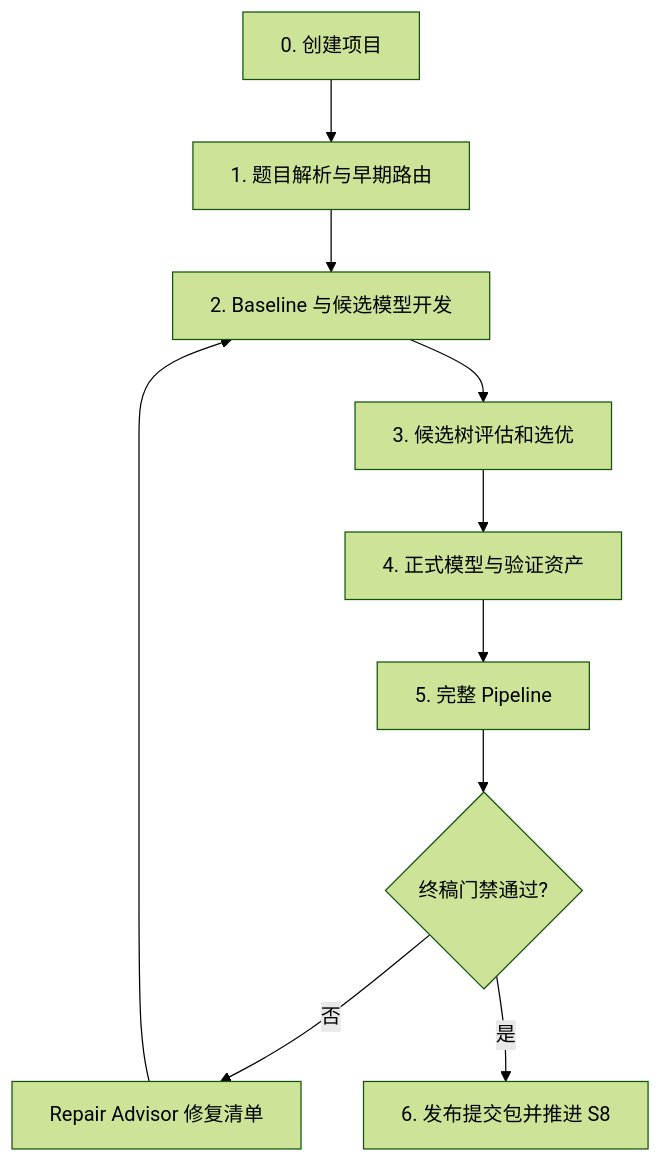
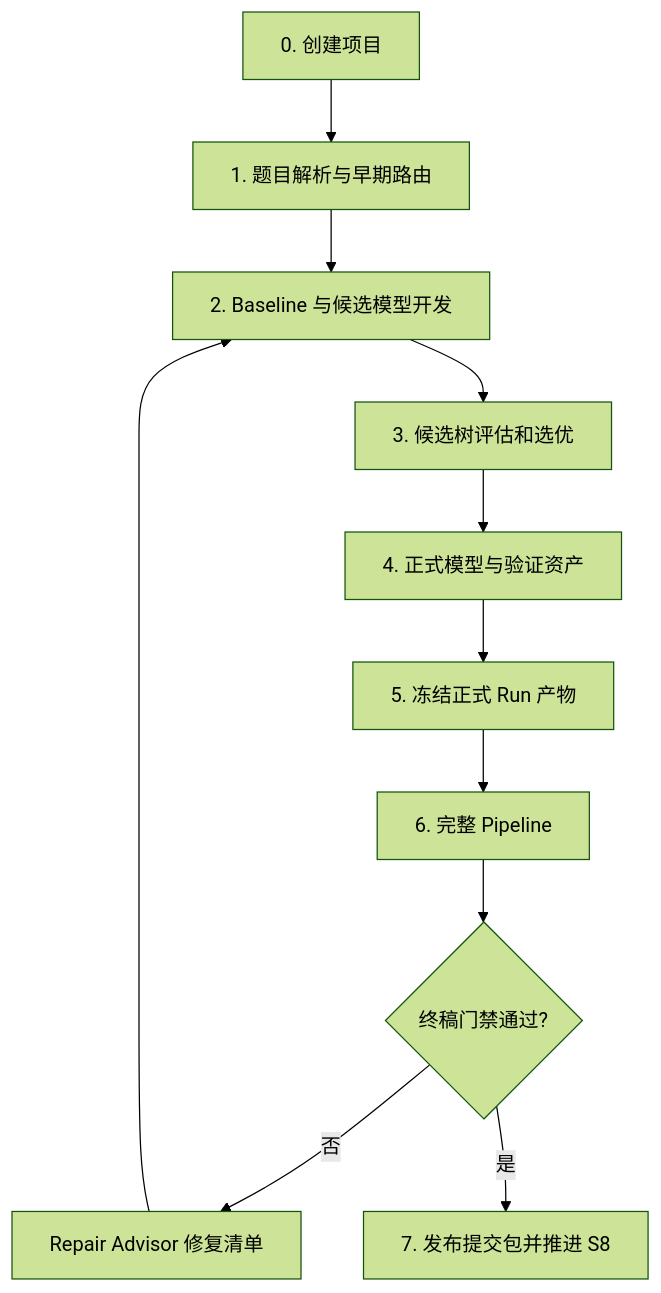
The diagram in docs/competition-workflow.md (Zhengxuejun/mathematical-modeling-agent), drawn with Mermaid (forest theme) before and after one commit. The commit also changed other lines of this file and 15 other files, not shown here.

````diff
--- a/docs/competition-workflow.md
+++ b/docs/competition-workflow.md
@@ -7,12 +7,13 @@
 ```mermaid
 flowchart TD
     A[0. 创建项目] --> B[1. 题目解析与早期路由]
     B --> C[2. Baseline 与候选模型开发]
     C --> D[3. 候选树评估和选优]
     D --> E[4. 正式模型与验证资产]
-    E --> F[5. 完整 Pipeline]
-    F --> G{终稿门禁通过?}
-    G -->|否| H[Repair Advisor 修复清单]
-    H --> C
-    G -->|是| I[6. 发布提交包并推进 S8]
+    E --> F[5. 冻结正式 Run 产物]
+    F --> G[6. 完整 Pipeline]
+    G --> H{终稿门禁通过?}
+    H -->|否| I[Repair Advisor 修复清单]
+    I --> C
+    H -->|是| J[7. 发布提交包并推进 S8]
 ```
````
